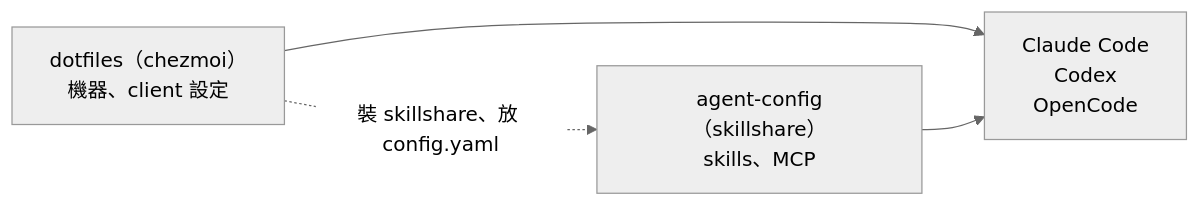
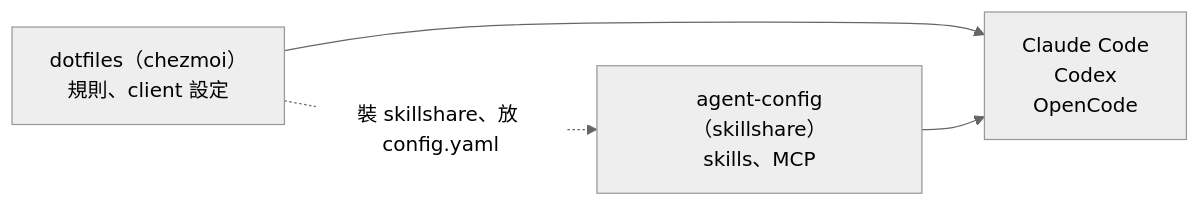
Before and after one commit to henry5720/agent-config: the first of 2 diagrams in README.md, drawn with Mermaid (neutral theme).

Commit message:
docs: README 開頭的圖跟 dotfiles ai-agent-setup 那張改成一字不差
節點 id 改成 agentconfig、dotfiles 那格寫「規則、client 設定」，mermaid 區塊與
dotfiles docs/ai-agent-setup.md「全貌」完全相同。

Part of henry5720/dotfiles#98

````diff
--- a/README.md
+++ b/README.md
@@ -6,10 +6,10 @@
 ```mermaid
 flowchart LR
-  dotfiles["dotfiles（chezmoi）<br/>機器、client 設定"]
-  here["agent-config（skillshare）<br/>skills、MCP"]
+  dotfiles["dotfiles（chezmoi）<br/>規則、client 設定"]
+  agentconfig["agent-config（skillshare）<br/>skills、MCP"]
   clients["Claude Code<br/>Codex<br/>OpenCode"]
 
   dotfiles --> clients
-  here --> clients
-  dotfiles -. "裝 skillshare、放 config.yaml" .-> here
+  agentconfig --> clients
+  dotfiles -. "裝 skillshare、放 config.yaml" .-> agentconfig
 ```
````
